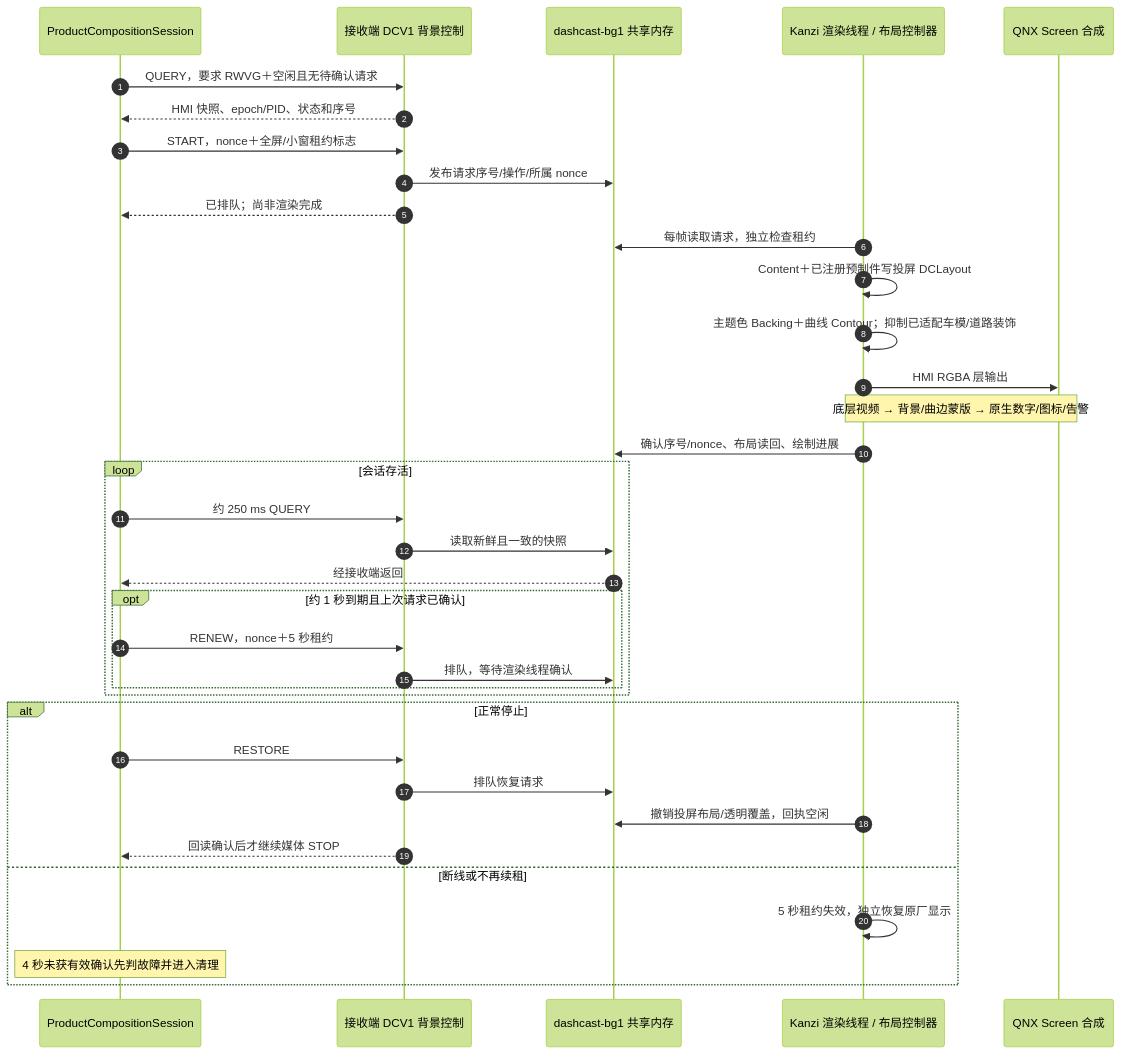
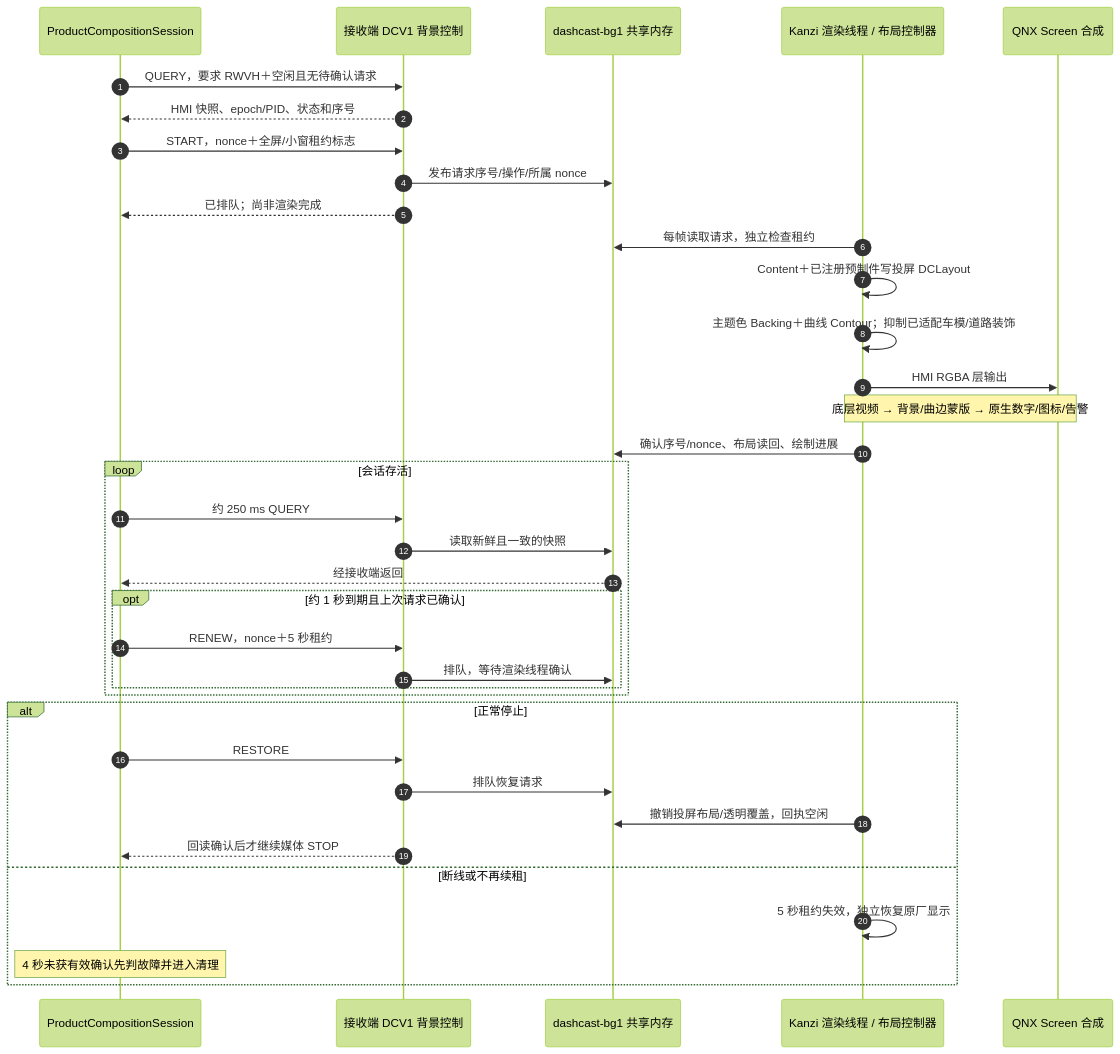
One commit to code-new-bie/byd-dashcast changed diagram 11 of 15 in docs/SEQUENCE.md. Above: the diagram before and after it, drawn with Mermaid (forest theme). The commit also changed other lines of this file and 18 other files, not shown here.

````diff
--- a/docs/SEQUENCE.md
+++ b/docs/SEQUENCE.md
@@ -456,38 +456,38 @@
 ```mermaid
 sequenceDiagram
     autonumber
     participant C as ProductCompositionSession
     participant R as 接收端 DCV1 背景控制
     participant M as dashcast-bg1 共享内存
     participant K as Kanzi 渲染线程 / 布局控制器
     participant S as QNX Screen 合成
-    C->>R: QUERY，要求 RWVG＋空闲且无待确认请求
+    C->>R: QUERY，要求 RWVH＋空闲且无待确认请求
     R-->>C: HMI 快照、epoch/PID、状态和序号
     C->>R: START，nonce＋全屏/小窗租约标志
     R->>M: 发布请求序号/操作/所属 nonce
     R-->>C: 已排队；尚非渲染完成
     K->>M: 每帧读取请求，独立检查租约
     K->>K: Content＋已注册预制件写投屏 DCLayout
     K->>K: 主题色 Backing＋曲线 Contour；抑制已适配车模/道路装饰
     K->>S: HMI RGBA 层输出
     Note over K,S: 底层视频 → 背景/曲边蒙版 → 原生数字/图标/告警
     K->>M: 确认序号/nonce、布局读回、绘制进展
     loop 会话存活
         C->>R: 约 250 ms QUERY
         R->>M: 读取新鲜且一致的快照
         M-->>C: 经接收端返回
         opt 约 1 秒到期且上次请求已确认
             C->>R: RENEW，nonce＋5 秒租约
             R->>M: 排队，等待渲染线程确认
         end
     end
     alt 正常停止
         C->>R: RESTORE
         R->>M: 排队恢复请求
         K->>M: 撤销投屏布局/透明覆盖，回执空闲
         R-->>C: 回读确认后才继续媒体 STOP
     else 断线或不再续租
         K->>K: 5 秒租约失效，独立恢复原厂显示
         Note over C: 4 秒未获有效确认先判故障并进入清理
     end
 ```
````
